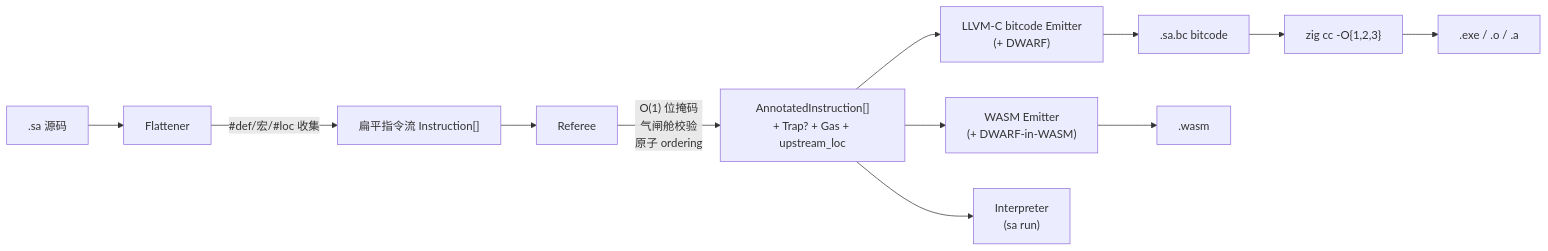
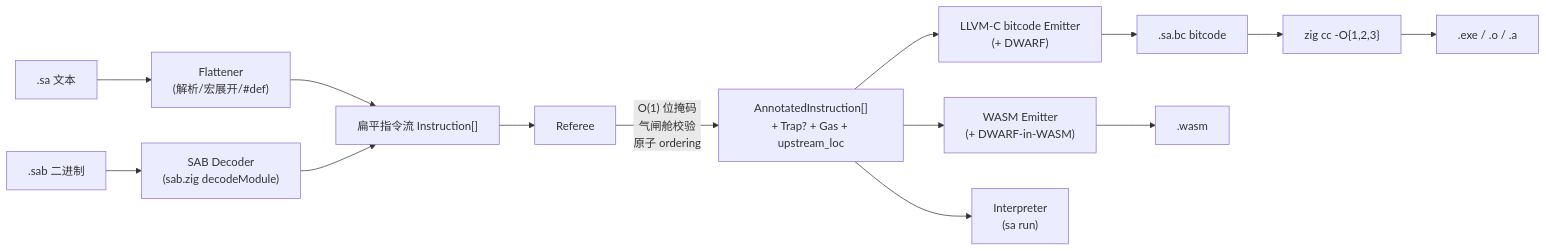
The first of 4 diagrams in docs/design.md (layola13/sci), drawn with Mermaid before and after one commit. The commit also changed other lines of this file and 15 other files, not shown here.

````diff
--- a/docs/design.md
+++ b/docs/design.md
@@ -32,14 +38,16 @@
 ```mermaid
 flowchart LR
-    A[".sa 源码"] --> B["Flattener"]
-    B -->|"#def/宏/#loc 收集"| C["扁平指令流 Instruction[]"]
+    A1[".sa 文本"] --> B1["Flattener<br/>(解析/宏展开/#def)"]
+    A2[".sab 二进制"] --> B2["SAB Decoder<br/>(sab.zig decodeModule)"]
+    B1 --> C["扁平指令流 Instruction[]"]
+    B2 --> C
     C --> D["Referee"]
     D -->|"O(1) 位掩码<br/>气闸舱校验<br/>原子 ordering"| E["AnnotatedInstruction[]<br/>+ Trap? + Gas + upstream_loc"]
     E --> F1["LLVM-C bitcode Emitter<br/>(+ DWARF)"]
     E --> F2["WASM Emitter<br/>(+ DWARF-in-WASM)"]
     E --> F3["Interpreter<br/>(sa run)"]
     F1 --> G1[".sa.bc bitcode"]
     G1 --> H1["zig cc -O{1,2,3}"]
     F2 --> G2[".wasm"]
     H1 --> I1[".exe / .o / .a"]
 ```
````
